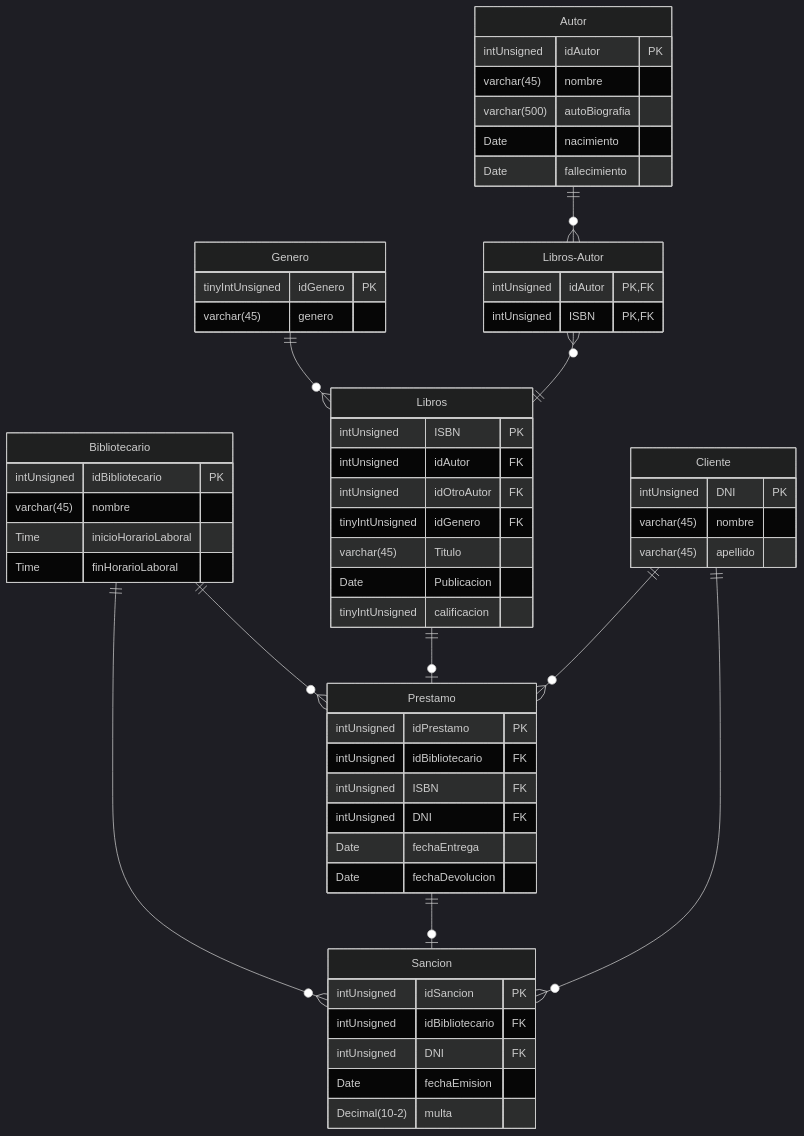
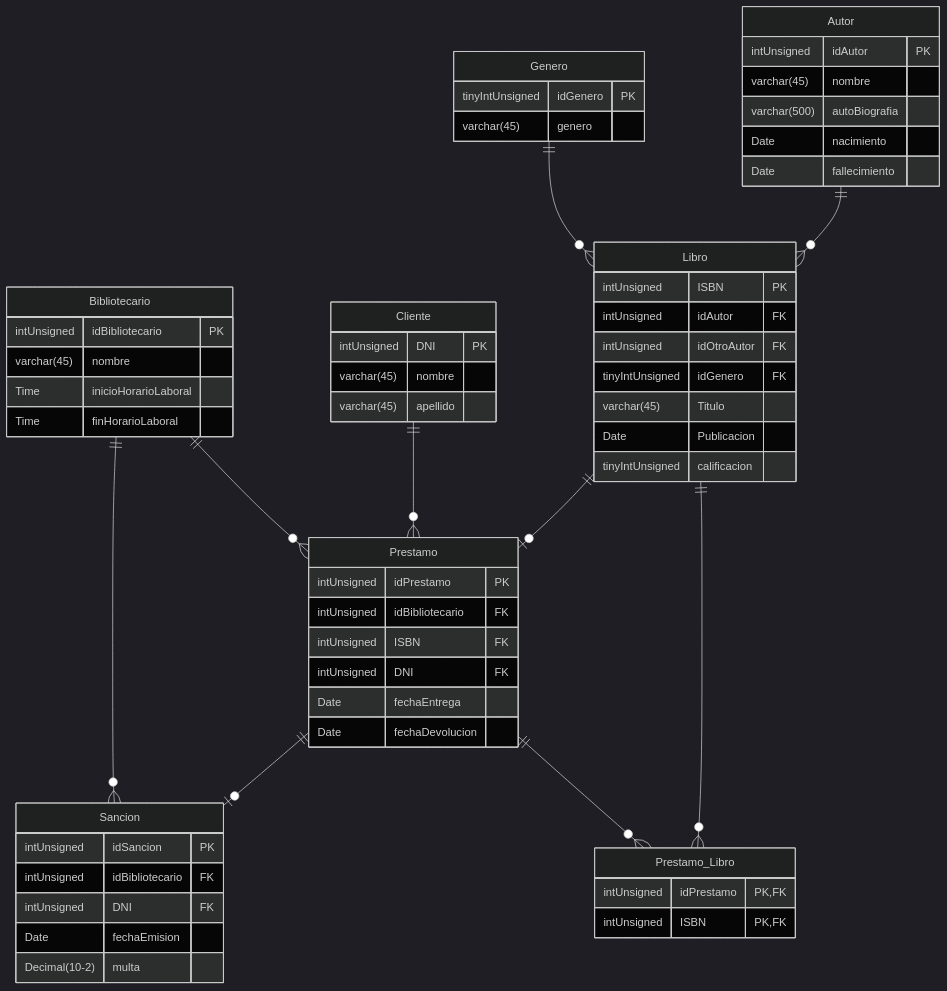
One commit to PasandiLuka/BD-Biblioteca changed the diagram in README.md. Above: the diagram before and after it, drawn with Mermaid (dark theme). The commit also changed 2 other files, not shown here.

Commit message:
Modificaciones Menores

````diff
--- a/README.md
+++ b/README.md
@@ -14,74 +14,75 @@
 ```mermaid
 erDiagram
 Genero{
     tinyIntUnsigned idGenero PK
     varchar(45) genero
 }
 
 
 Bibliotecario{
     intUnsigned idBibliotecario PK
     varchar(45) nombre
     Time inicioHorarioLaboral
     Time finHorarioLaboral
 }
 
 
 Autor{
     intUnsigned idAutor PK
     varchar(45) nombre
     varchar(500) autoBiografia
     Date nacimiento
     Date fallecimiento
 }
 
 Cliente{
     intUnsigned DNI PK
     varchar(45) nombre
     varchar(45) apellido
 }
 
-Libros{
+Libro{
     intUnsigned ISBN PK
     intUnsigned idAutor FK
     intUnsigned idOtroAutor FK
     tinyIntUnsigned idGenero FK
     varchar(45) Titulo
     Date Publicacion
     tinyIntUnsigned calificacion
 }
 
 
 Sancion{
     intUnsigned idSancion PK
     intUnsigned idBibliotecario FK
     intUnsigned DNI FK
     Date fechaEmision
     Decimal(10-2) multa    
 }
 
-Libros-Autor{
-    intUnsigned idAutor PK,FK
-    intUnsigned ISBN PK,FK
-}
-
 Prestamo{
     intUnsigned idPrestamo PK
     intUnsigned idBibliotecario FK
     intUnsigned ISBN FK
     intUnsigned DNI FK
     Date fechaEntrega
     Date fechaDevolucion
 }
 
-Genero||--o{Libros:""
-Autor||--o{Libros-Autor:""
-Libros-Autor}o--||Libros:""
+Prestamo_Libro{
+    intUnsigned idPrestamo PK, FK
+    intUnsigned ISBN PK, FK
+}
+
+Genero||--o{Libro:""
 Bibliotecario||--o{Sancion:""
 Bibliotecario||--o{Prestamo:""
-Libros||--o|Prestamo:""
+Libro||--o|Prestamo:""
 Cliente||--o{Prestamo:""
 Prestamo||--o|Sancion:""
-Cliente||--o{Sancion:""
+Libro||--o{Prestamo_Libro:""
+Prestamo||--o{Prestamo_Libro:""
+Autor||--o{Libro:""
+
 
 ```
````
